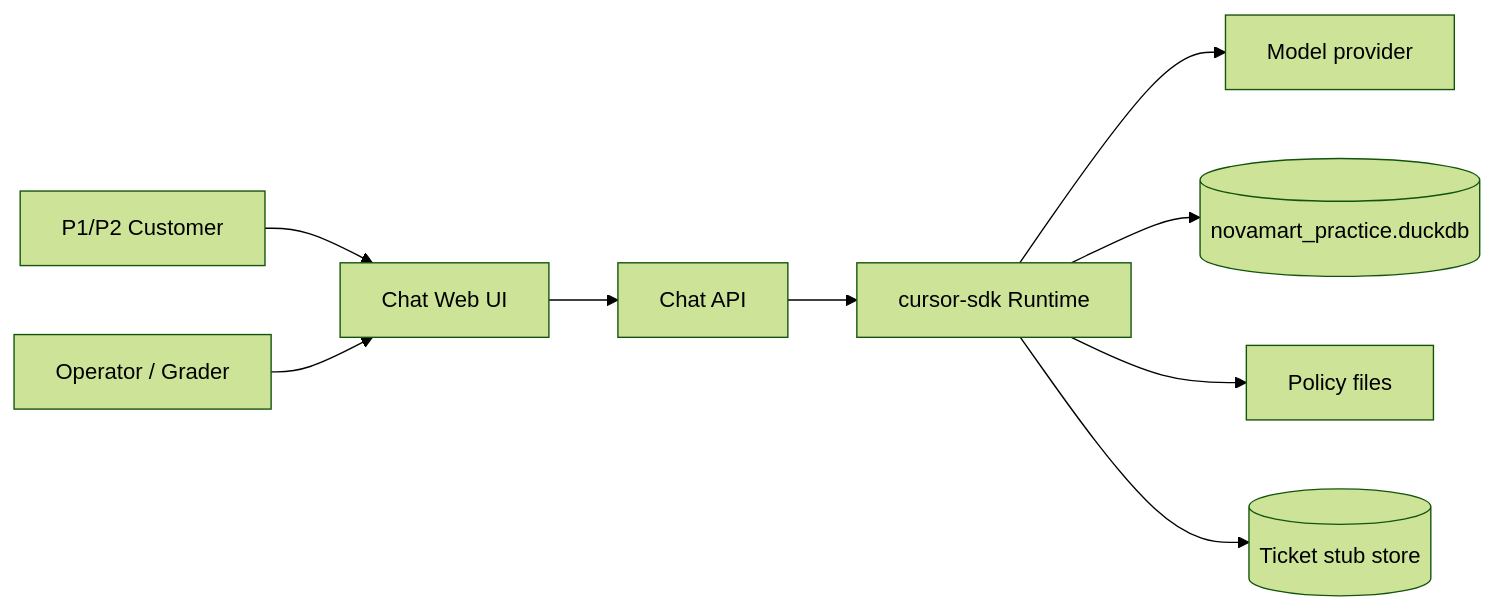
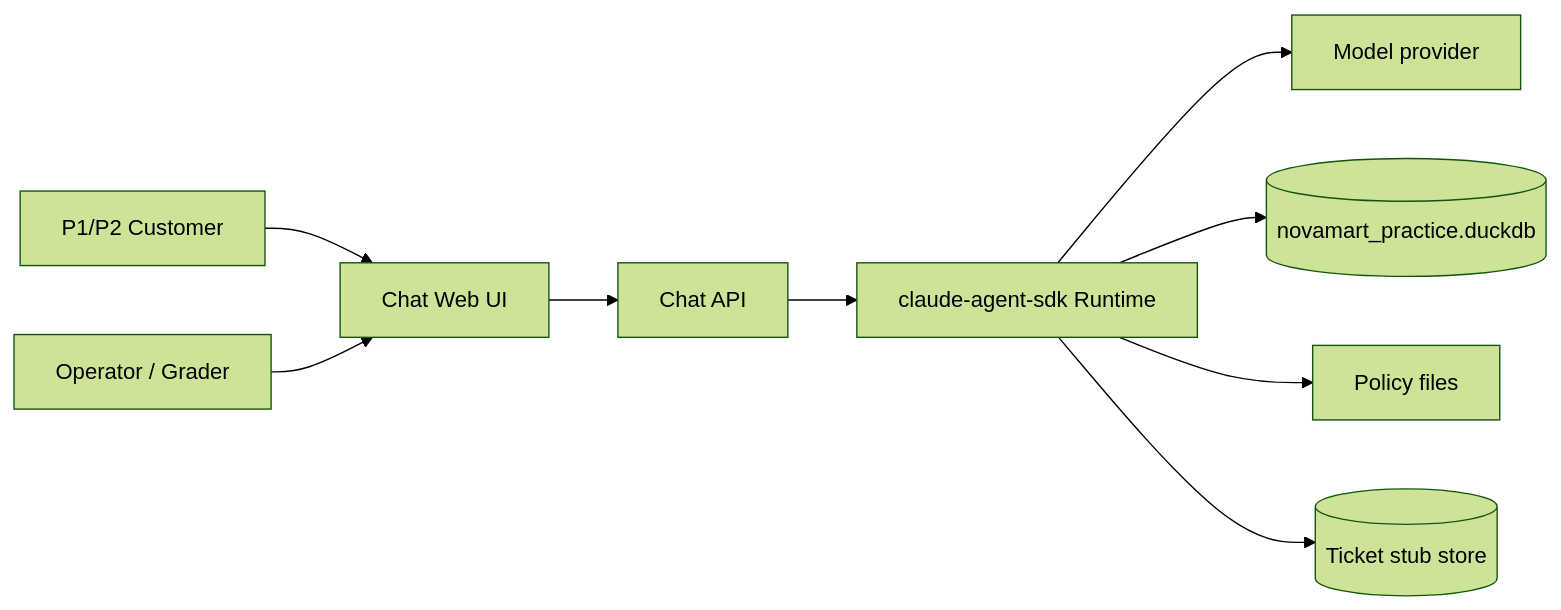
The first of 4 diagrams in project-context/1.define/sad.md (rmatx/multi-agent-cs-crew), drawn with Mermaid (forest theme) before and after one commit. The commit also changed other lines of this file and 39 other files, not shown here.

````diff
--- a/project-context/1.define/sad.md
+++ b/project-context/1.define/sad.md
@@ -131,21 +131,21 @@
 ```mermaid
 flowchart LR
   Customer[P1/P2 Customer]
   Operator[Operator / Grader]
   UI[Chat Web UI]
   API[Chat API]
-  RT[cursor-sdk Runtime]
+  RT[claude-agent-sdk Runtime]
   DB[(novamart_practice.duckdb)]
   POL[Policy files]
   TIX[(Ticket stub store)]
   LLM[Model provider]
 
   Customer --> UI
   Operator --> UI
   UI --> API
   API --> RT
   RT --> LLM
   RT --> DB
   RT --> POL
   RT --> TIX
 ```
````
